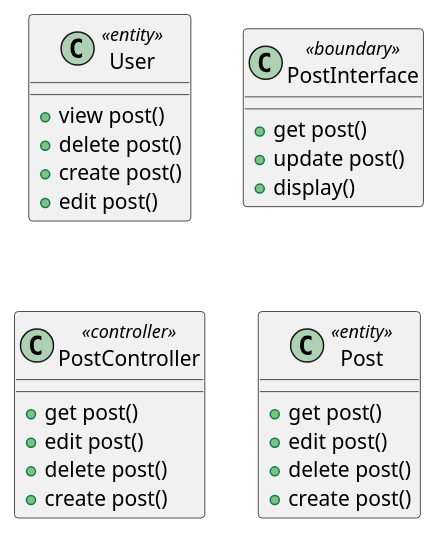
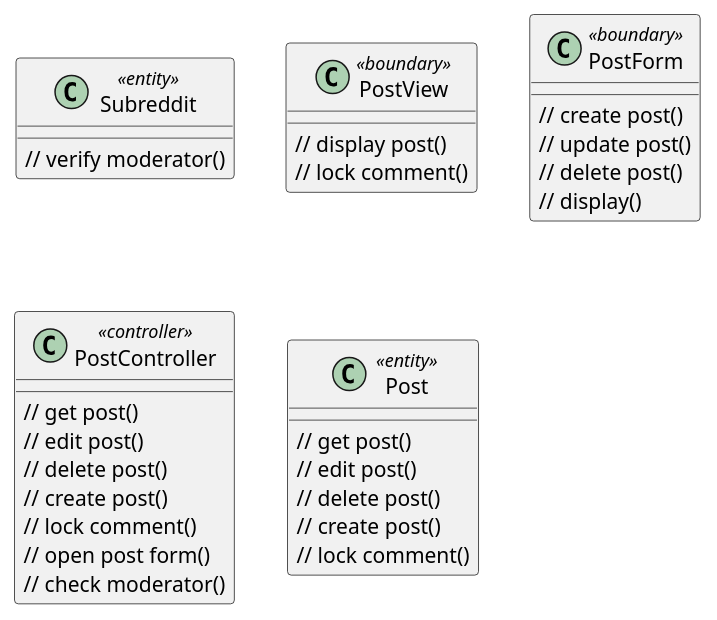
The diagram in uc_vopc_post.puml (Huy-Ngo/reddit-design), drawn with PlantUML before and after one commit. The commit also changed 3 other files, not shown here.

Commit message:
Update revised diagram for UC analysis

```diff
--- a/uc_vopc_post.puml
+++ b/uc_vopc_post.puml
@@ -1,29 +1,36 @@
 @startuml
-class User <<entity>> {
-  + view post()
-  + delete post()
-  + create post()
-  + edit post()
+class Subreddit <<entity>> {
+  // verify moderator()
 }
 
-class PostInterface <<boundary>> {
-  + get post()
-  + update post()
-  + display()
+class PostView <<boundary>> {
+  // display post()
+  // lock comment()
+}
+
+class PostForm <<boundary>> {
+  // create post()
+  // update post()
+  // delete post()
+  // display()
 }
 
 class PostController <<controller>> {
-  + get post()
-  + edit post()
-  + delete post()
-  + create post()
+  // get post()
+  // edit post()
+  // delete post()
+  // create post()
+  // lock comment()
+  // open post form()
+  // check moderator()
 }
 
 class Post <<entity>> {
-  + get post()
-  + edit post()
-  + delete post()
-  + create post()
+  // get post()
+  // edit post()
+  // delete post()
+  // create post()
+  // lock comment()
 }
 
 @enduml
```
